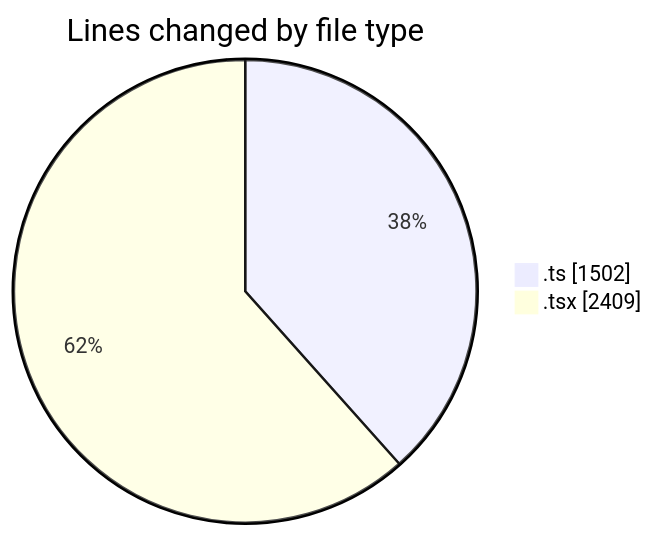
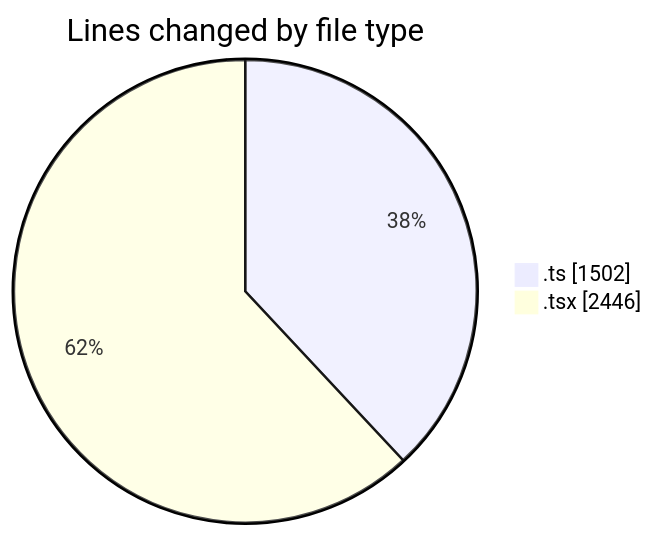
One commit to nxtqubesakshisongat/code-tracking changed the first of 2 diagrams in 2026-03-04/nxtqube_webapp/README.md. Above: the diagram before and after it, drawn with Mermaid. The commit also changed other lines of this file and 1 other file, not shown here.

````diff
--- a/2026-03-04/nxtqube_webapp/README.md
+++ b/2026-03-04/nxtqube_webapp/README.md
@@ -26,6 +26,6 @@
 ```mermaid
 pie showData
 title Lines changed by file type
 ".ts" : 1502
-".tsx" : 2409
+".tsx" : 2446
 ```
````
